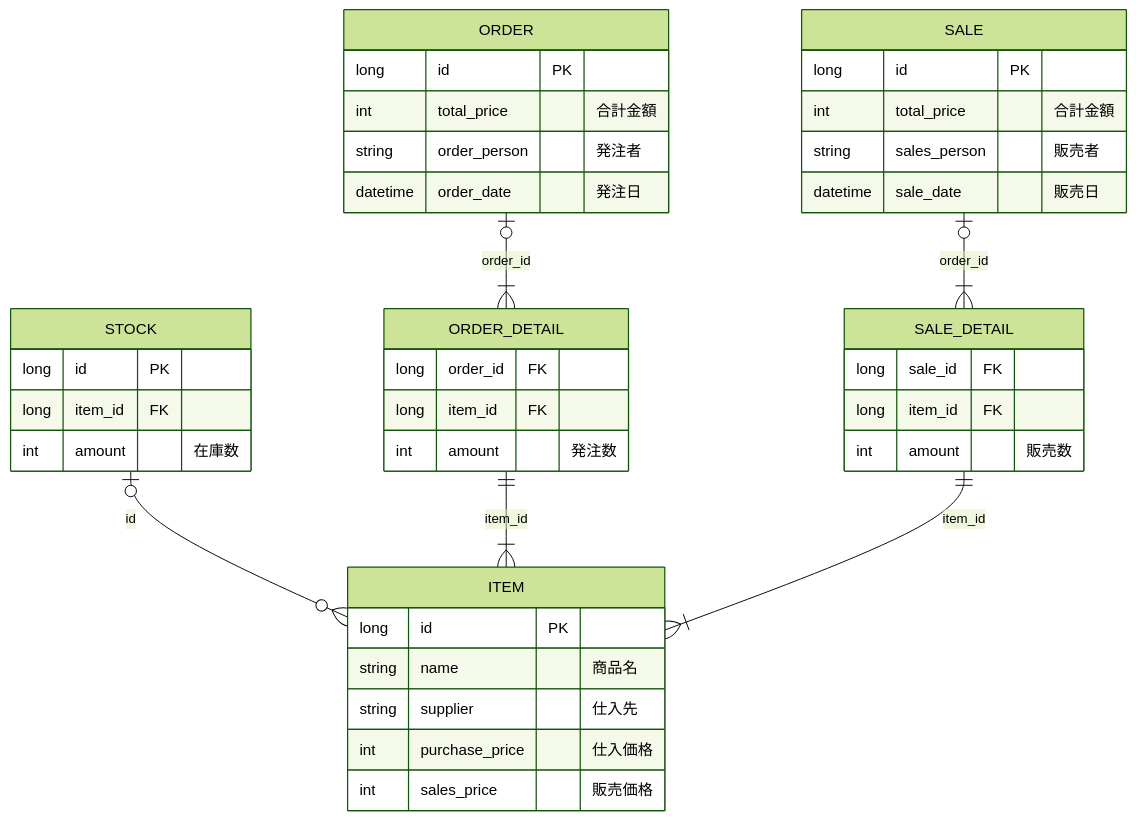
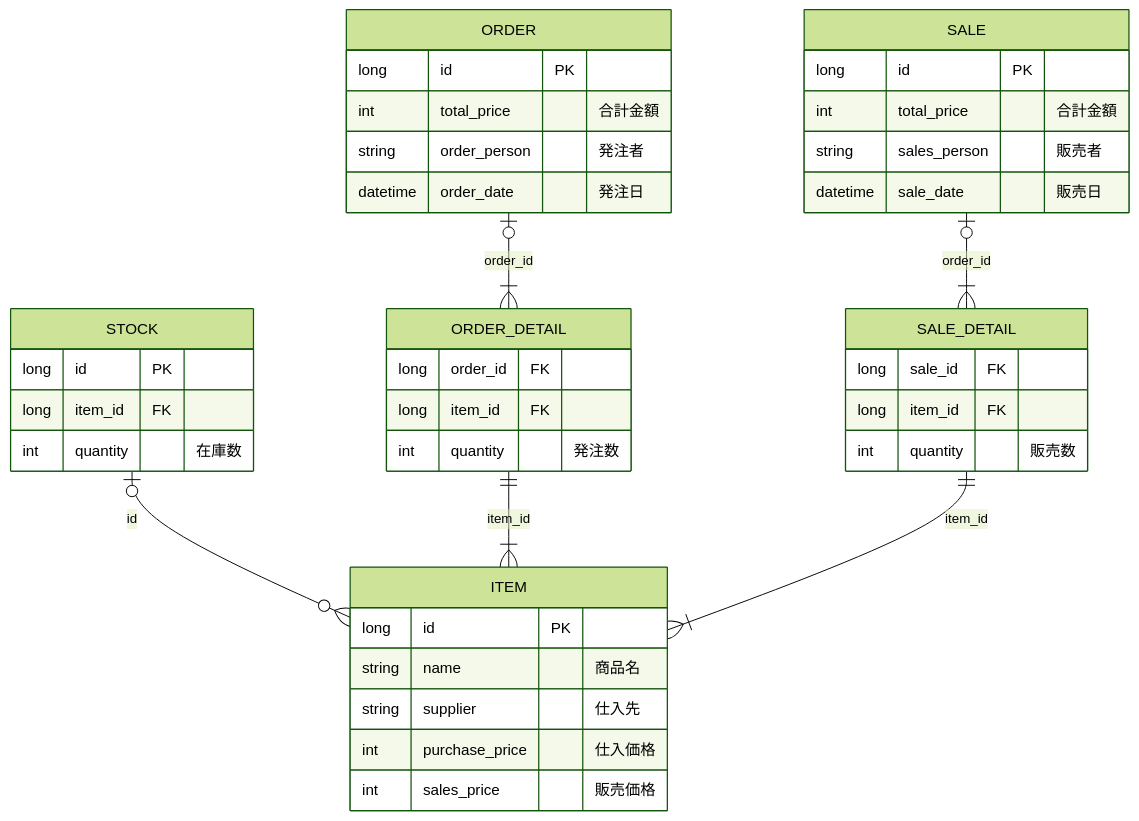
The diagram in README.md (hirukawa-sh/mySpringStockManagementSystem), drawn with Mermaid (forest theme) before and after one commit. The commit also changed other lines of this file and 23 other files, not shown here.

````diff
--- a/README.md
+++ b/README.md
@@ -6,54 +7,54 @@
 ```mermaid
 erDiagram
 STOCK|o--o{ITEM:id
 ORDER|o--|{ORDER_DETAIL:order_id
 ORDER_DETAIL||--|{ITEM:item_id
 SALE|o--|{SALE_DETAIL:order_id
 SALE_DETAIL||--|{ITEM:item_id
 
 %% 在庫テーブル
 STOCK {
   long id PK
   long item_id FK
-  int amount "在庫数"
+  int quantity "在庫数"
 }
 
 %% 発注テーブル
 ORDER {
   long id PK
   int total_price "合計金額"
   string order_person "発注者"
   datetime order_date "発注日"
 }
 
 %% 発注明細テーブル
 ORDER_DETAIL {
   long order_id FK
   long item_id FK
-  int amount "発注数"
+  int quantity "発注数"
 }
 
 %% 販売テーブル
 SALE {
   long id PK
   int total_price "合計金額"
   string sales_person "販売者"
   datetime sale_date "販売日"
 }
 
 %% 販売明細テーブル
 SALE_DETAIL {
   long sale_id FK
   long item_id FK
-  int amount "販売数"
+  int quantity "販売数"
 }
 
 %% 商品テーブル
 ITEM {
   long id PK
   string name "商品名"
   string supplier "仕入先"
   int purchase_price "仕入価格"
   int sales_price "販売価格"
 }
 ```
````
